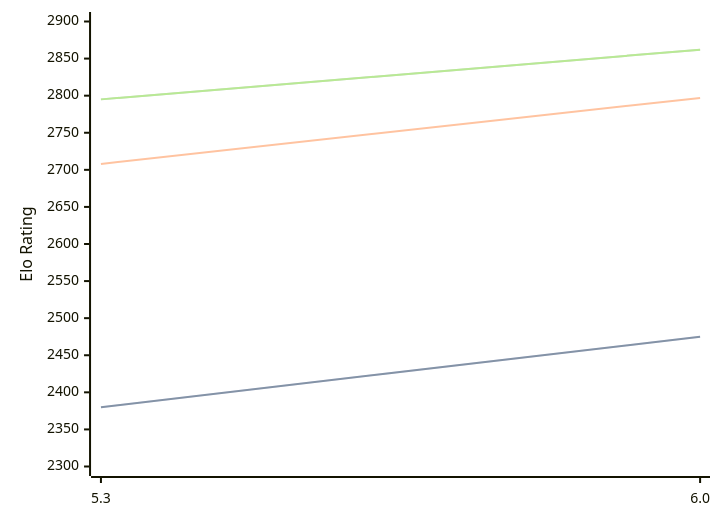
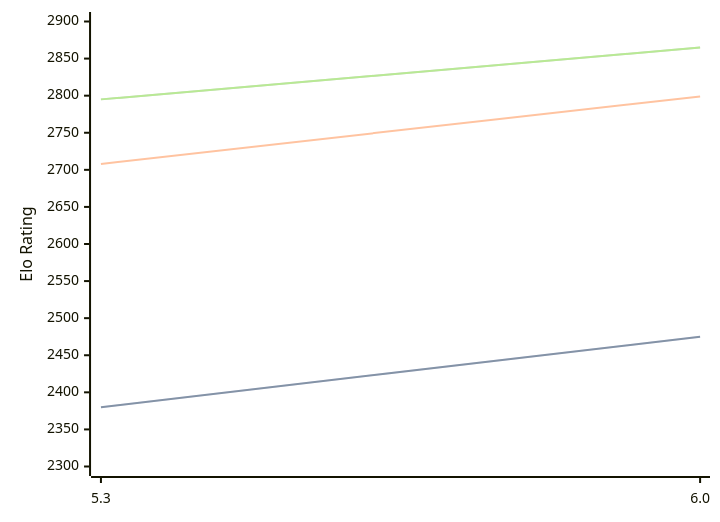
One commit to computer-chess-index/cci changed the third of 3 diagrams in engines/tomitankChess.md. Above: the diagram before and after it, drawn with Mermaid. The commit also changed other lines of this file, not shown here.

Commit message:
Update CCI Ratings (ELO VLTC) - 2026-06-21

````diff
--- a/engines/tomitankChess.md
+++ b/engines/tomitankChess.md
@@ -73,11 +73,11 @@
 ```mermaid
 %%{init: {"theme":"base","themeVariables":{"seriesColors:['#a3a3a3','#222221','#faa371']}}}%%
 xychart-beta
   x-axis ["5.3", "6.0"]
   y-axis "Elo Rating" 2300 --> 2900
   line "STC (8.0+0.08s)" [2380, 2475]
   line "STC (8.0+0.08s)" [2380, 2475]
-  line "LTC (60.0+0.60s)" [2708, 2797]
-  line "VLTC (2m24s+1.12s)" [2795, 2862]
-  line "VLTC (2m24s+1.12s)" [2795, 2862]
+  line "LTC (60.0+0.60s)" [2708, 2799]
+  line "VLTC (2m24s+1.12s)" [2795, 2865]
+  line "VLTC (2m24s+1.12s)" [2795, 2865]
 ```
````
